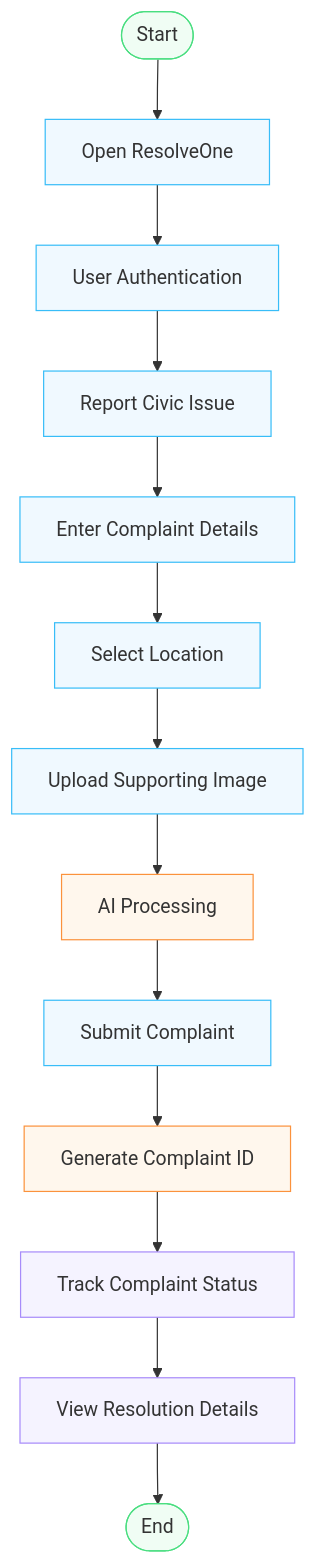
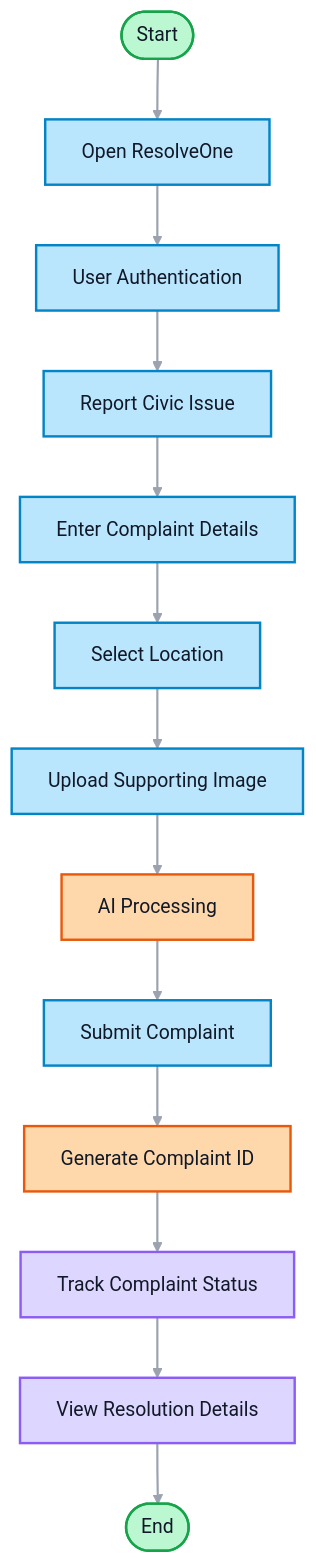
Before and after one commit to tanmayskotadia/ResolveOne: the second of 4 diagrams in README.md, drawn with Mermaid. The commit also changed other lines of this file, not shown here.

Commit message:
Updated Mermaid Diagrams

````diff
--- a/README.md
+++ b/README.md
@@ -129,39 +129,42 @@
 ```mermaid
+%%{init: {'theme': 'base', 'themeVariables': {'background': 'transparent', 'primaryTextColor': '#111827', 'lineColor': '#9CA3AF', 'fontFamily': 'Arial'}}}%%
 flowchart TD
     A([Start])
     B[Open ResolveOne]
     C[User Authentication]
     D[Report Civic Issue]
     E[Enter Complaint Details]
     F[Select Location]
     G[Upload Supporting Image]
     H[AI Processing]
     I[Submit Complaint]
     J[Generate Complaint ID]
     K[Track Complaint Status]
     L[View Resolution Details]
     M([End])
 
     A --> B
     B --> C
     C --> D
     D --> E
     E --> F
     F --> G
     G --> H
     H --> I
     I --> J
     J --> K
     K --> L
     L --> M
 
-    classDef startEnd stroke:#4ade80,fill:#f0fdf4
-    classDef action stroke:#38bdf8,fill:#f0f9ff
-    classDef processing stroke:#fb923c,fill:#fff7ed
-    classDef tracking stroke:#a78bfa,fill:#f5f3ff
+    classDef startEnd fill:#bbf7d0,stroke:#16a34a,color:#111827,stroke-width:2px
+    classDef action fill:#bae6fd,stroke:#0284c7,color:#111827,stroke-width:2px
+    classDef processing fill:#fed7aa,stroke:#ea580c,color:#111827,stroke-width:2px
+    classDef tracking fill:#ddd6fe,stroke:#8b5cf6,color:#111827,stroke-width:2px
 
     class A,M startEnd
     class B,C,D,E,F,G,I action
     class H,J processing
     class K,L tracking
+
+    linkStyle default stroke:#9CA3AF,stroke-width:1.8px
 ```
````
